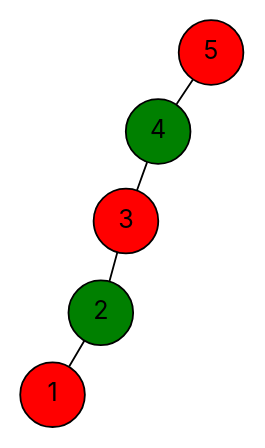
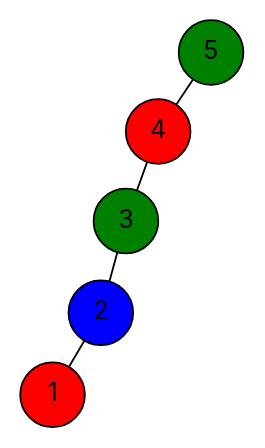
Before and after one commit to vercah/vertex-coloring: the diagram in data/final-dots/easy-01-parallel.dot, drawn with Graphviz. The commit also changed 15 other files, not shown here.

```diff
--- a/data/final-dots/easy-01-parallel.dot
+++ b/data/final-dots/easy-01-parallel.dot
@@ -1,15 +1,15 @@
 graph G {
   layout=neato;
   overlap=false;
   splines=true;
   node [shape=circle, style=filled, fontname=Inter];
   1 [label="1", fillcolor="red", tooltip="v1 color 0"];
-  2 [label="2", fillcolor="green", tooltip="v2 color 1"];
-  3 [label="3", fillcolor="red", tooltip="v3 color 0"];
-  4 [label="4", fillcolor="green", tooltip="v4 color 1"];
-  5 [label="5", fillcolor="red", tooltip="v5 color 0"];
+  2 [label="2", fillcolor="blue", tooltip="v2 color 2"];
+  3 [label="3", fillcolor="green", tooltip="v3 color 1"];
+  4 [label="4", fillcolor="red", tooltip="v4 color 0"];
+  5 [label="5", fillcolor="green", tooltip="v5 color 1"];
   1 -- 2;
   2 -- 3;
   3 -- 4;
   4 -- 5;
 }
```
